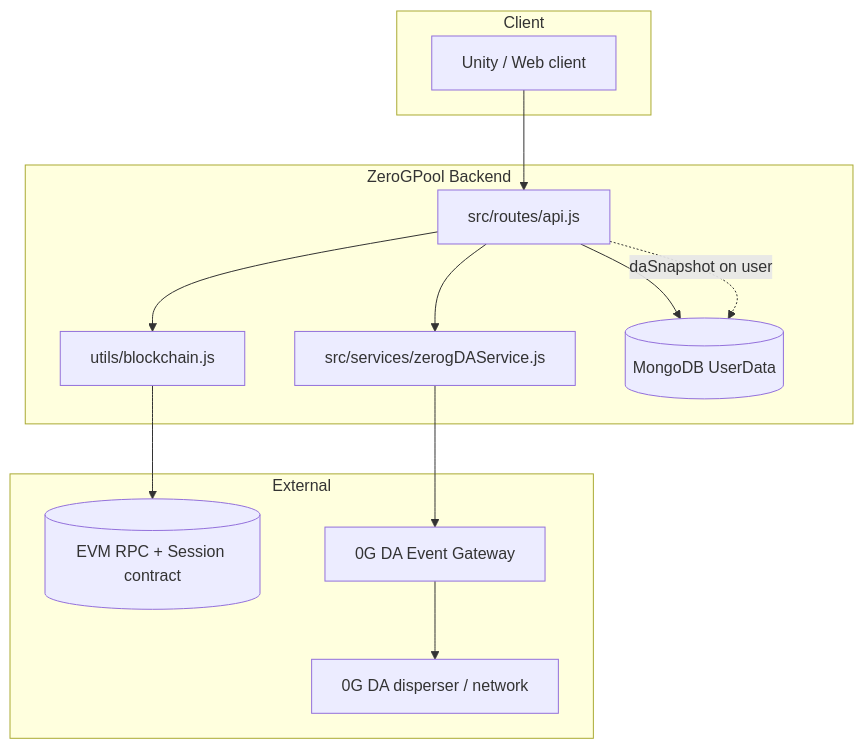
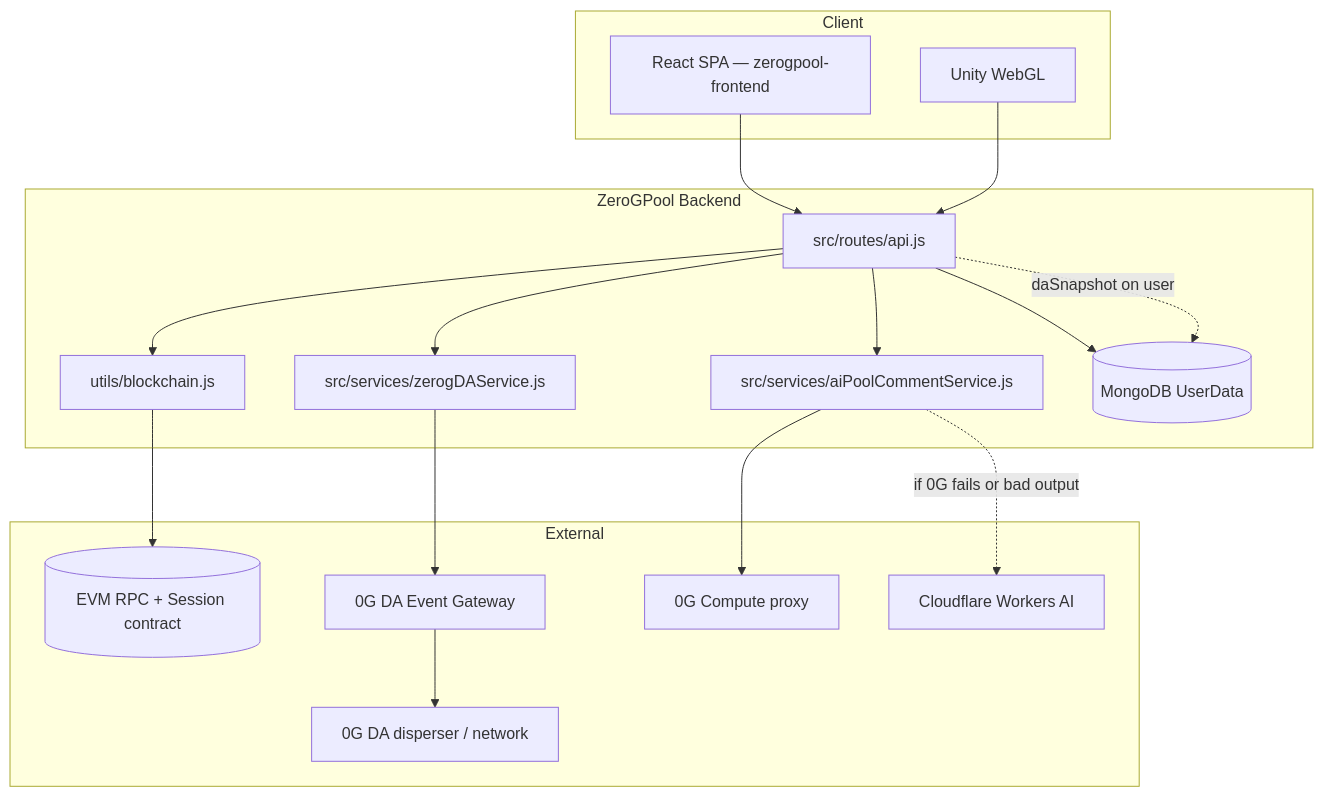
One commit to potassiumdichromate/zerogpoolgame changed the diagram in 0G_INTEGRATION.md. Above: the diagram before and after it, drawn with Mermaid. The commit also changed other lines of this file and 18 other files, not shown here.

Commit message:
feat(0g): add 0G Storage indexer health probing, WebGL manifest route, and 0G Compute leaderboard commentary

````diff
--- a/0G_INTEGRATION.md
+++ b/0G_INTEGRATION.md
@@ -16,28 +17,36 @@
 ```mermaid
 flowchart TB
   subgraph client [Client]
-    Game[Unity / Web client]
+    Web[React SPA — zerogpool-frontend]
+    Game[Unity WebGL]
   end
 
   subgraph backend [ZeroGPool Backend]
     API[src/routes/api.js]
     BC[utils/blockchain.js]
     DA[src/services/zerogDAService.js]
+    AI[src/services/aiPoolCommentService.js]
     Mongo[(MongoDB UserData)]
   end
 
   subgraph external [External]
     EVM[(EVM RPC + Session contract)]
     Gateway[0G DA Event Gateway]
     Disperser[0G DA disperser / network]
+    ZGC[0G Compute proxy]
+    CF[Cloudflare Workers AI]
   end
 
+  Web --> API
   Game --> API
   API --> Mongo
   API --> BC
   API --> DA
+  API --> AI
   BC --> EVM
   DA --> Gateway
   Gateway --> Disperser
+  AI --> ZGC
+  AI -.->|if 0G fails or bad output| CF
   API -.->|daSnapshot on user| Mongo
 ```
````
